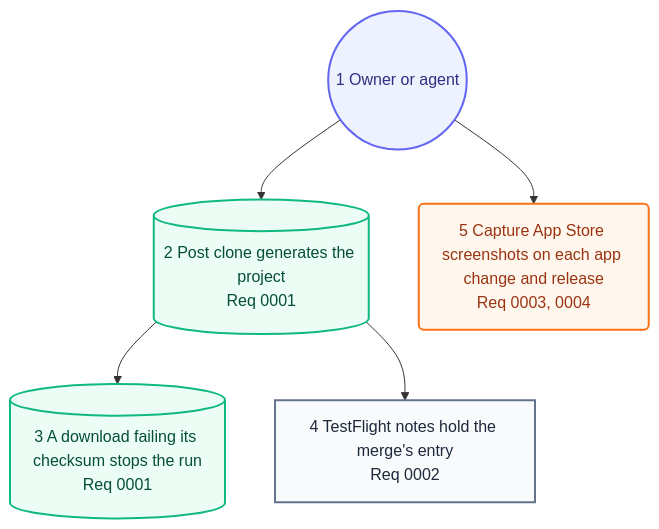
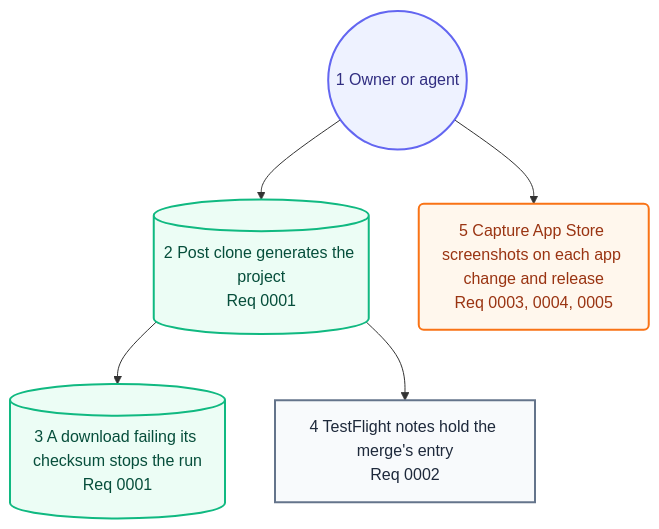
Before and after one commit to may-journal/xcode-tooling: the second of 2 diagrams in docs/architecture/05-user-journey.md, drawn with Mermaid. The commit also changed 12 other files, not shown here.

First line of the commit message:
feat(screenshots): boot each device once and run sizes on a queue (#26)

````diff
--- a/docs/architecture/05-user-journey.md
+++ b/docs/architecture/05-user-journey.md
@@ -32,18 +32,18 @@
 ```mermaid
 flowchart TB
     owner((1 Owner or agent)):::persona
     clone[(2 Post clone generates the project<br/>Req 0001)]:::system
     mismatch[(3 A download failing its checksum stops the run<br/>Req 0001)]:::system
     notes[4 TestFlight notes hold the merge's entry<br/>Req 0002]:::screen
-    shots(5 Capture App Store screenshots on each app change and release<br/>Req 0003, 0004):::action
+    shots(5 Capture App Store screenshots on each app change and release<br/>Req 0003, 0004, 0005):::action
 
     owner --> clone
     clone --> mismatch
     clone --> notes
     owner --> shots
 
     classDef persona fill:#eef2ff,stroke:#6366f1,color:#312e81,stroke-width:2px
     classDef screen fill:#f8fafc,stroke:#64748b,color:#1e293b,stroke-width:2px
     classDef action fill:#fff7ed,stroke:#f97316,color:#9a3412,stroke-width:2px
     classDef system fill:#ecfdf5,stroke:#10b981,color:#064e3b,stroke-width:2px
 ```
````
